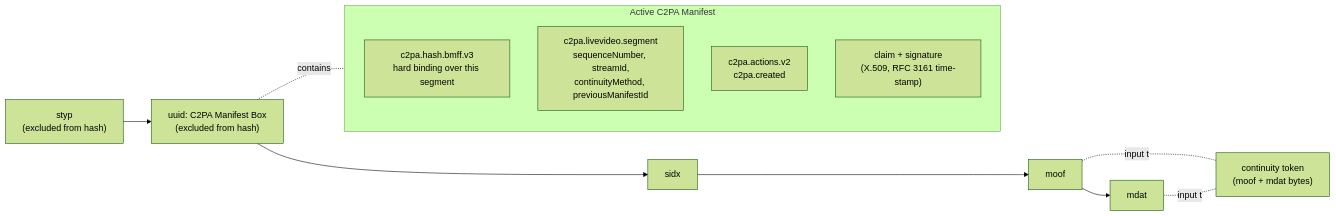
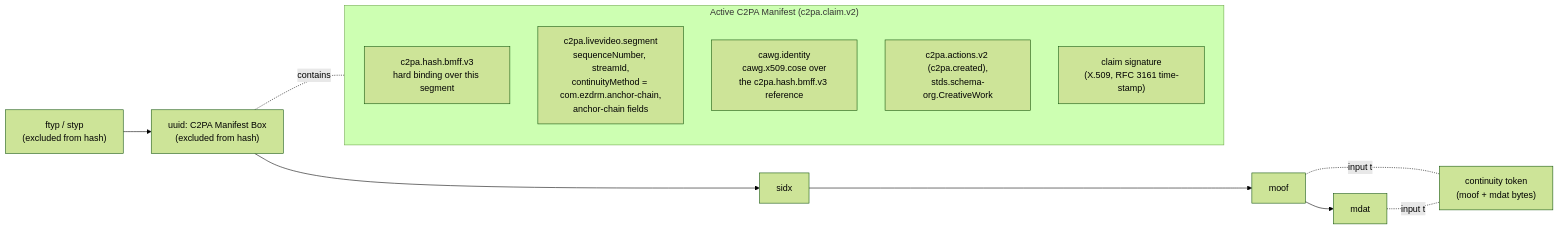
One commit to c2pa-org/public-testfiles changed the first of 5 diagrams in 2.3/Video/Per-segment-C2PA-Manifest-Box-method/C2PA-Live-Segment-Validation.md. Above: the diagram before and after it, drawn with Mermaid (forest theme). The commit also changed other lines of this file and 42 other files, not shown here.

First line of the commit message:
Replace clear segment set with current-format segments including CAWG identity

````diff
--- a/2.3/Video/Per-segment-C2PA-Manifest-Box-method/C2PA-Live-Segment-Validation.md
+++ b/2.3/Video/Per-segment-C2PA-Manifest-Box-method/C2PA-Live-Segment-Validation.md
@@ -32,18 +53,19 @@
 ```mermaid
 flowchart LR
-  styp["styp<br/>(excluded from hash)"] --> uuid["uuid: C2PA Manifest Box<br/>(excluded from hash)"]
+  ftyp["ftyp / styp<br/>(excluded from hash)"] --> uuid["uuid: C2PA Manifest Box<br/>(excluded from hash)"]
   uuid --> sidx["sidx"]
   sidx --> moof["moof"]
   moof --> mdat["mdat"]
 
-  subgraph manifest["Active C2PA Manifest"]
+  subgraph manifest["Active C2PA Manifest (c2pa.claim.v2)"]
     direction TB
     a1["c2pa.hash.bmff.v3<br/>hard binding over this segment"]
-    a2["c2pa.livevideo.segment<br/>sequenceNumber, streamId,<br/>continuityMethod, previousManifestId"]
-    a3["c2pa.actions.v2<br/>c2pa.created"]
-    a4["claim + signature<br/>(X.509, RFC 3161 time-stamp)"]
+    a2["c2pa.livevideo.segment<br/>sequenceNumber, streamId,<br/>continuityMethod = com.ezdrm.anchor-chain,<br/>anchor-chain fields"]
+    a3["cawg.identity<br/>cawg.x509.cose over<br/>the c2pa.hash.bmff.v3 reference"]
+    a4["c2pa.actions.v2 (c2pa.created),<br/>stds.schema-org.CreativeWork"]
+    a5["claim signature<br/>(X.509, RFC 3161 time-stamp)"]
   end
   uuid -.contains.- manifest
   moof -.input to.- tok["continuity token<br/>(moof + mdat bytes)"]
   mdat -.input to.- tok
 ```
````
